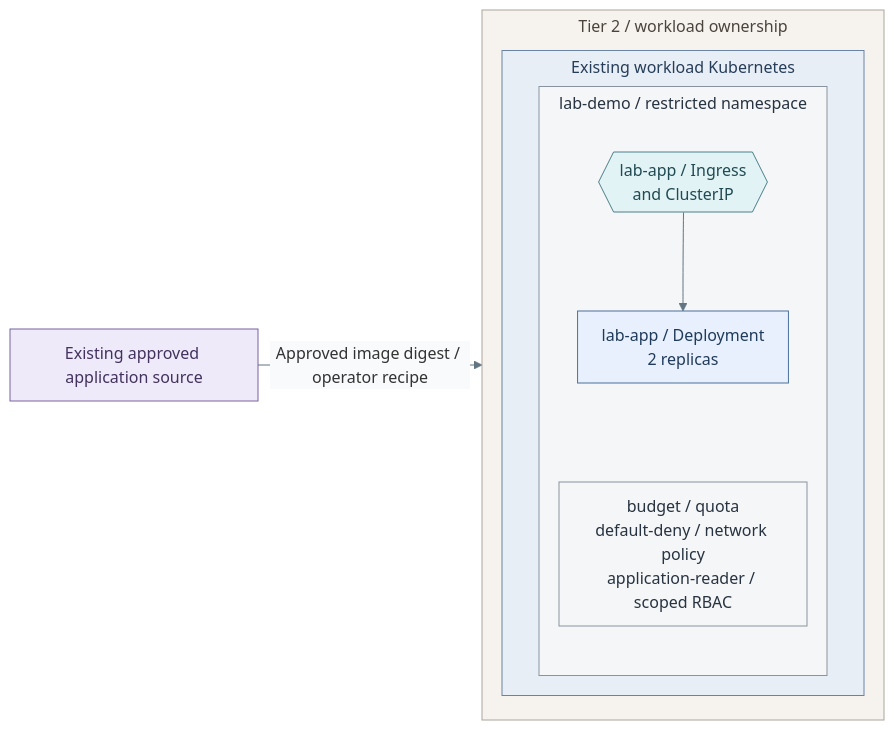
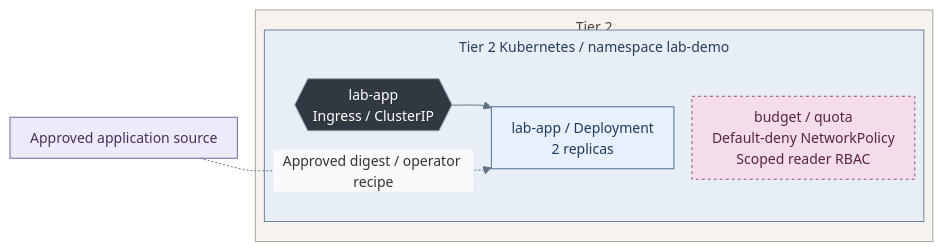
The diagram in docs/03-deployment/stage-10-lab-environments/step-3a-application.md (Rexus/homelab), drawn with Mermaid before and after one commit. The commit also changed other lines of this file and 124 other files, not shown here.

First line of the commit message:
fix(platform): align service diagrams and directory failover

````diff
--- a/docs/03-deployment/stage-10-lab-environments/step-3a-application.md
+++ b/docs/03-deployment/stage-10-lab-environments/step-3a-application.md
@@ -12,31 +12,29 @@
 ```mermaid
-%%{init: {"theme":"base","flowchart":{"nodeSpacing":20,"rankSpacing":24,"padding":12,"subGraphTitleMargin":{"top":4,"bottom":12}},"themeVariables":{"lineColor":"#627581","edgeLabelBackground":"#f8fafc"}}}%%
+%%{init: {"theme":"base","flowchart":{"nodeSpacing":18,"rankSpacing":18,"padding":10,"subGraphTitleMargin":{"top":6,"bottom":16}},"themeVariables":{"lineColor":"#627581","edgeLabelBackground":"#f8fafc","fontFamily":"Arial, sans-serif","fontSize":"14px"},"fontFamily":"Arial, sans-serif"}}%%
 flowchart LR
-  Source["Existing approved application source"]
-  subgraph T2["Tier 2 / workload ownership"]
-    subgraph Cluster["Existing workload Kubernetes"]
-      subgraph Project["lab-demo / restricted namespace"]
-        direction TB
-        Route{{"lab-app / Ingress<br/>and ClusterIP"}}
-        Apps["lab-app / Deployment<br/>2 replicas"]
-        Policy["budget / quota<br/>default-deny / network policy<br/>application-reader / scoped RBAC"]
-        Route --> Apps
-        Apps ~~~ Policy
-      end
+  Source["Approved application source"]
+  subgraph T2["Tier 2"]
+    subgraph Cluster["Tier 2 Kubernetes / namespace lab-demo"]
+      Route{{"lab-app<br/>Ingress / ClusterIP"}}
+      Apps["lab-app / Deployment<br/>2 replicas"]
+      Policy["budget / quota<br/>Default-deny NetworkPolicy<br/>Scoped reader RBAC"]
+      Route --> Apps
+      Apps ~~~ Policy
     end
   end
-  Source -->|Approved image digest / operator recipe| T2
+  Source -. Approved digest / operator recipe .-> Apps
+  Source ~~~ T2
   classDef default fill:#f8fafc,stroke:#64748b,color:#1f2937
+  classDef services fill:#e7f0fc,stroke:#4d719b,color:#203a5b
   classDef data fill:#eeeafa,stroke:#78639b,color:#42325d
-  classDef services fill:#e7f0fc,stroke:#4d719b,color:#203a5b
-  classDef group fill:#f5f6f7,stroke:#89939e,color:#273340
   classDef kubernetes fill:#e8eef6,stroke:#6b83a3,color:#263d59
+  classDef tier2 fill:#f6f3ef,stroke:#aca59b,color:#4b443c
+  classDef traffic fill:#303841,stroke:#8a9baa,color:#ffffff
   class Source data
   class Apps services
-  class Project,Policy group
+  class Route traffic
   class Cluster kubernetes
-  classDef traffic fill:#e1f3f5,stroke:#4c7f88,color:#214a52
-  class Route traffic
-  classDef tier2 fill:#f6f3ef,stroke:#aca59b,color:#4b443c
   class T2 tier2
+  classDef policy fill:#f4dce9,stroke:#955076,color:#57253f,stroke-dasharray:3 3
+  class Policy policy
 ```
````
